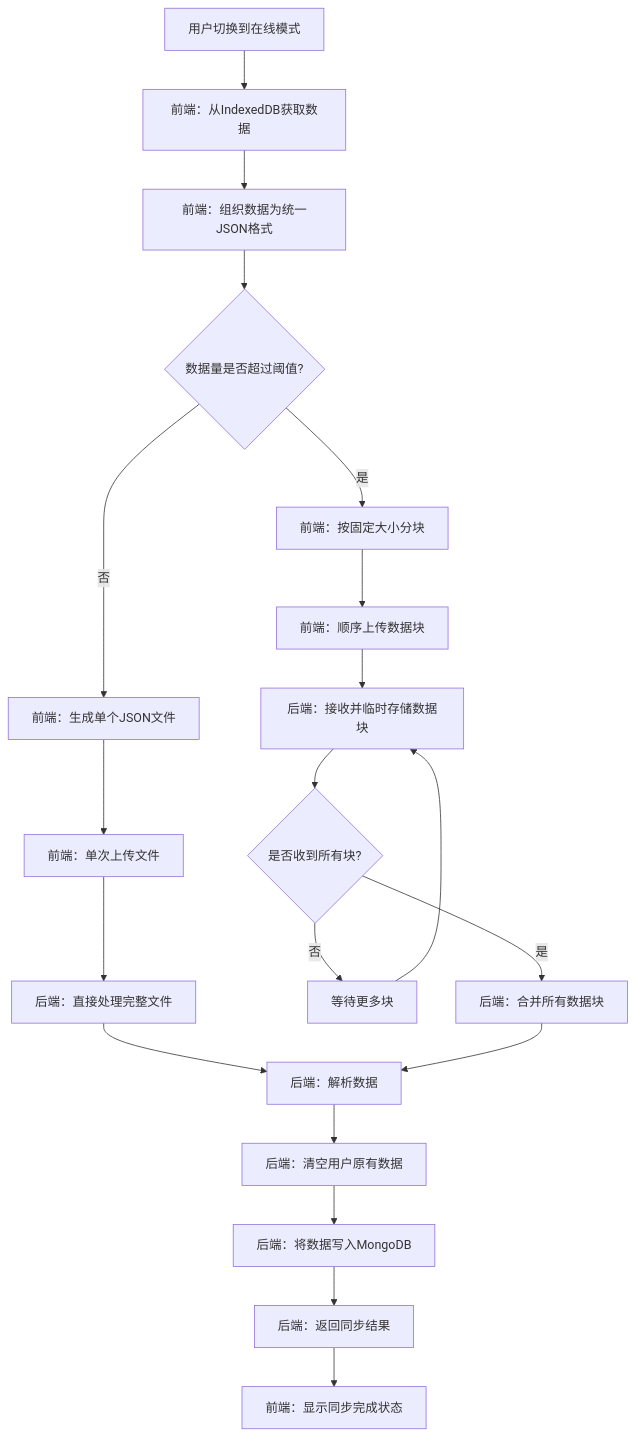
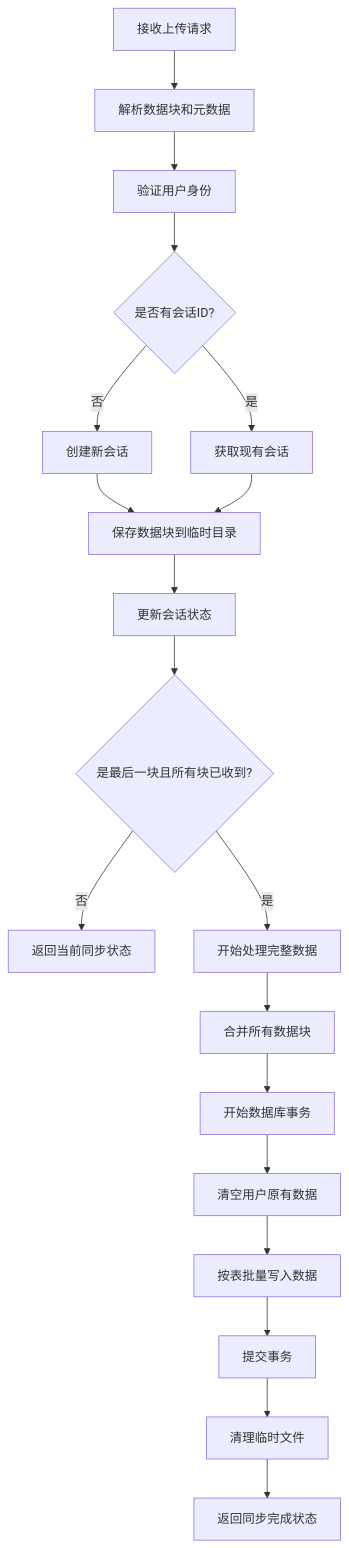
Before and after one commit to yingjianzh/iodraw-files: the diagram in all/未命名-59.md, drawn with Mermaid.

Commit message:
2025-05-14 17:19:38 update

````diff
--- a/all/未命名-59.md
+++ b/all/未命名-59.md
@@ -1,22 +1,21 @@
 ```mermaid
 flowchart TD
-    A[用户切换到在线模式] --> B[前端：从IndexedDB获取数据]
-    B --> C[前端：组织数据为统一JSON格式]
-    C --> D{数据量是否超过阈值?}
-    D -->|是| E[前端：按固定大小分块]
-    D -->|否| F[前端：生成单个JSON文件]
-    E --> G[前端：顺序上传数据块]
-    F --> H[前端：单次上传文件]
-    G --> I[后端：接收并临时存储数据块]
-    H --> J[后端：直接处理完整文件]
-    I --> K{是否收到所有块?}
-    K -->|否| L[等待更多块]
-    L --> I
-    K -->|是| M[后端：合并所有数据块]
-    J --> N[后端：解析数据]
-    M --> N
-    N --> O[后端：清空用户原有数据]
-    O --> P[后端：将数据写入MongoDB]
-    P --> Q[后端：返回同步结果]
-    Q --> R[前端：显示同步完成状态]
+    A[接收上传请求] --> B[解析数据块和元数据]
+    B --> C[验证用户身份]
+    C --> D{是否有会话ID?}
+    D -->|否| E[创建新会话]
+    D -->|是| F[获取现有会话]
+    E --> G[保存数据块到临时目录]
+    F --> G
+    G --> H[更新会话状态]
+    H --> I{是最后一块且所有块已收到?}
+    I -->|否| J[返回当前同步状态]
+    I -->|是| K[开始处理完整数据]
+    K --> L[合并所有数据块]
+    L --> M[开始数据库事务]
+    M --> N[清空用户原有数据]
+    N --> O[按表批量写入数据]
+    O --> P[提交事务]
+    P --> Q[清理临时文件]
+    Q --> R[返回同步完成状态]
 ```
````
